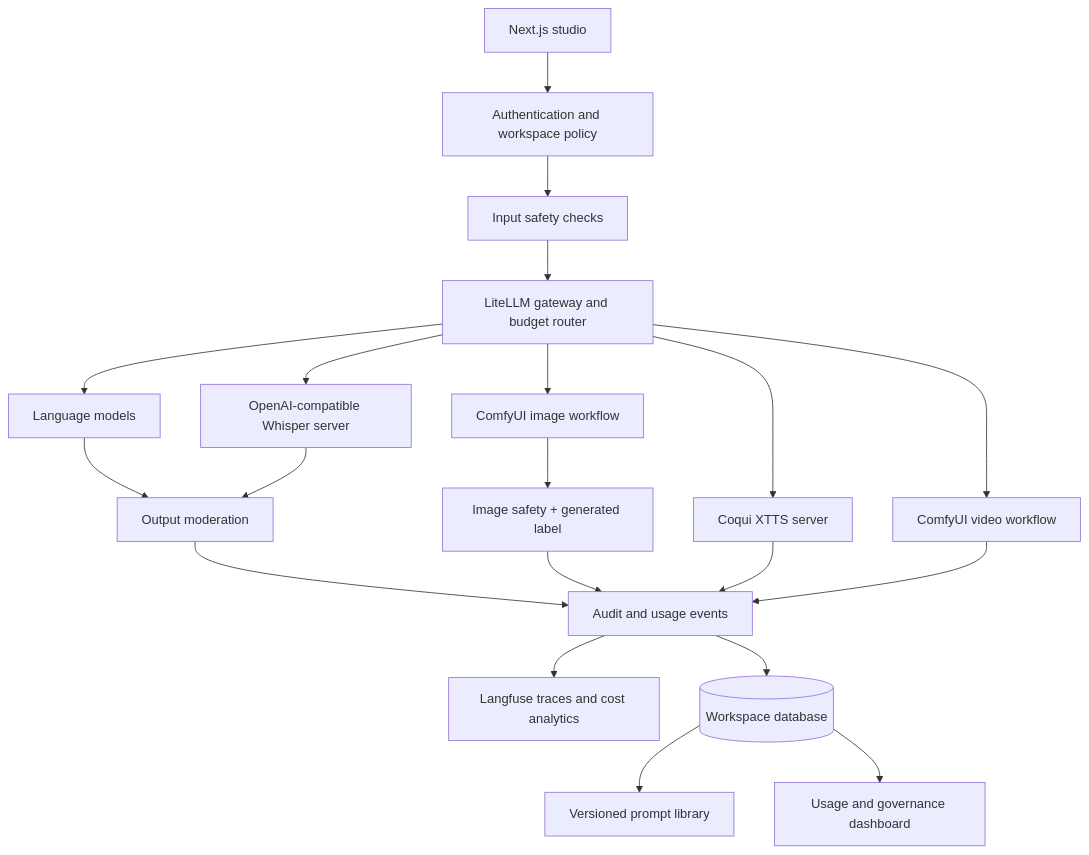
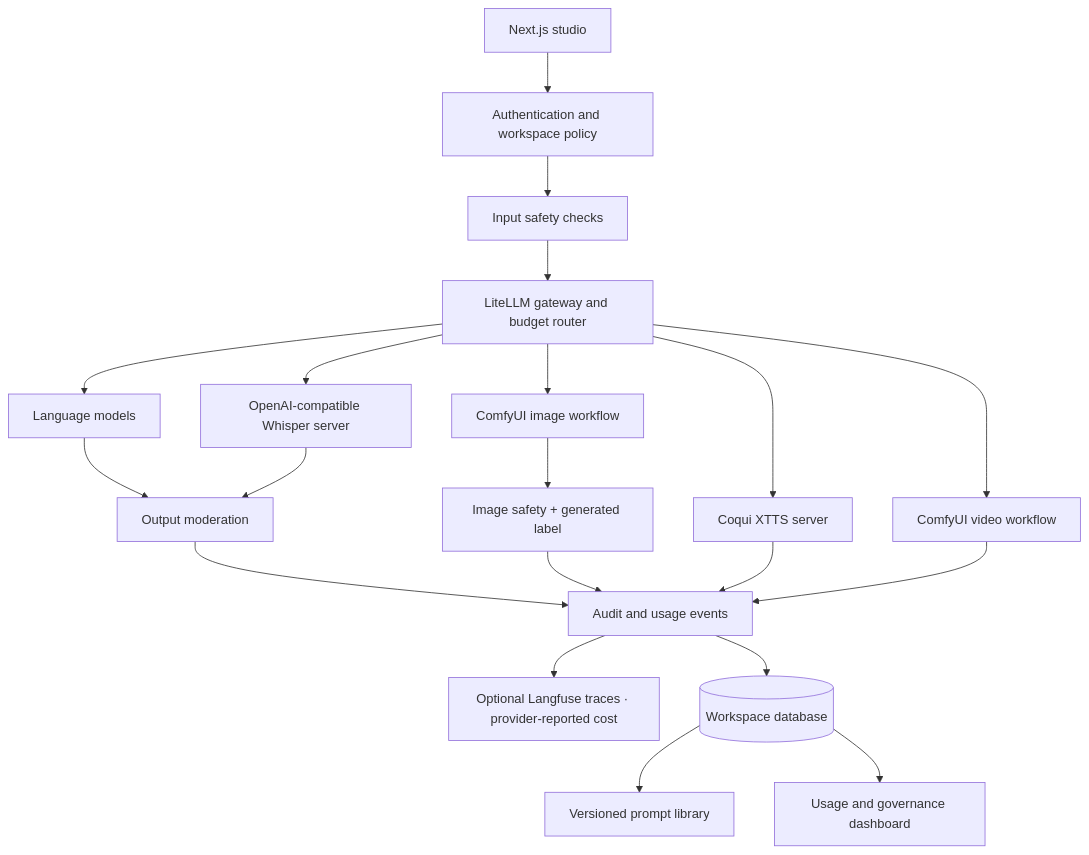
One commit to PramithPatil/Mosaic-Ai-Studio changed the second of 2 diagrams in docs/architecture.md. Above: the diagram before and after it, drawn with Mermaid. The commit also changed other lines of this file and 17 other files, not shown here.

````diff
--- a/docs/architecture.md
+++ b/docs/architecture.md
@@ -32,22 +32,22 @@
 ```mermaid
 flowchart TD
   UI[Next.js studio] --> AUTH[Authentication and workspace policy]
   AUTH --> SAFEIN[Input safety checks]
   SAFEIN --> ROUTER[LiteLLM gateway and budget router]
   ROUTER --> TEXT[Language models]
   ROUTER --> IMAGE[ComfyUI image workflow]
   ROUTER --> WHISPER[OpenAI-compatible Whisper server]
   ROUTER --> XTTS[Coqui XTTS server]
   ROUTER --> VIDEO[ComfyUI video workflow]
   TEXT --> SAFEOUT[Output moderation]
   IMAGE --> IMGSAFE[Image safety + generated label]
   WHISPER --> SAFEOUT
   SAFEOUT --> AUDIT[Audit and usage events]
   IMGSAFE --> AUDIT
   XTTS --> AUDIT
   VIDEO --> AUDIT
-  AUDIT --> LANGFUSE[Langfuse traces and cost analytics]
+  AUDIT --> LANGFUSE[Optional Langfuse traces · provider-reported cost]
   AUDIT --> DB[(Workspace database)]
   DB --> PROMPTS[Versioned prompt library]
   DB --> DASH[Usage and governance dashboard]
 ```
````
